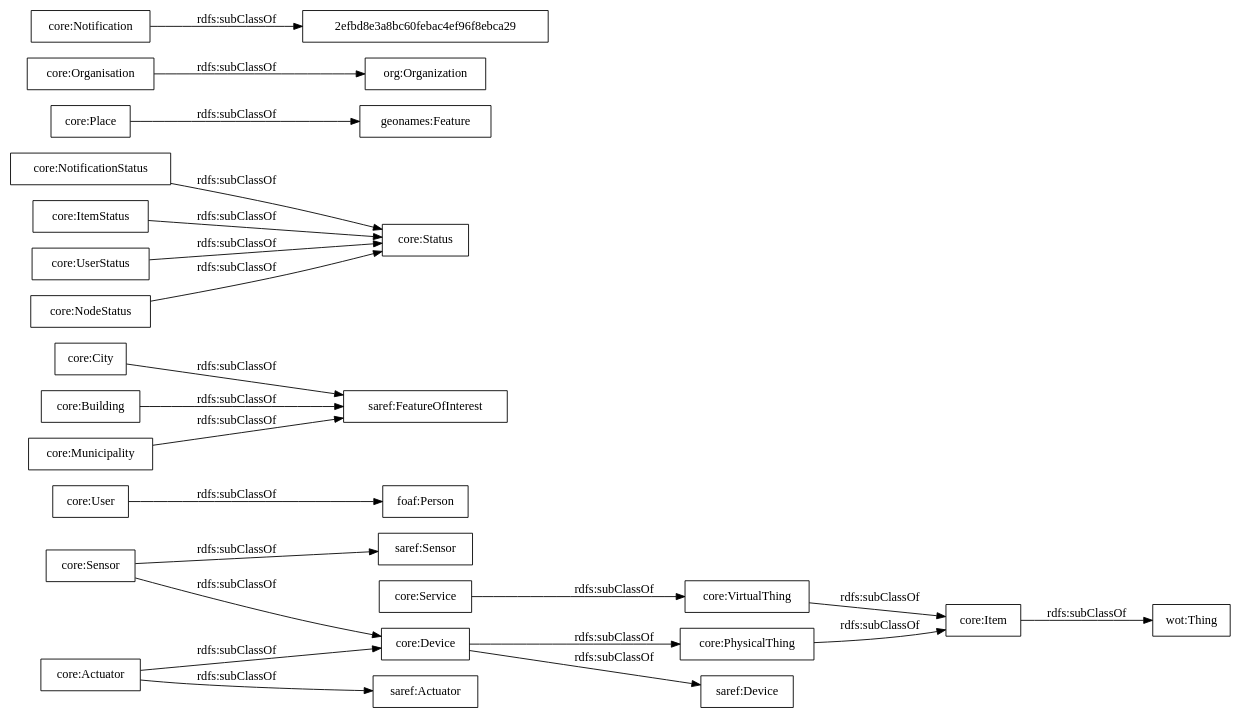
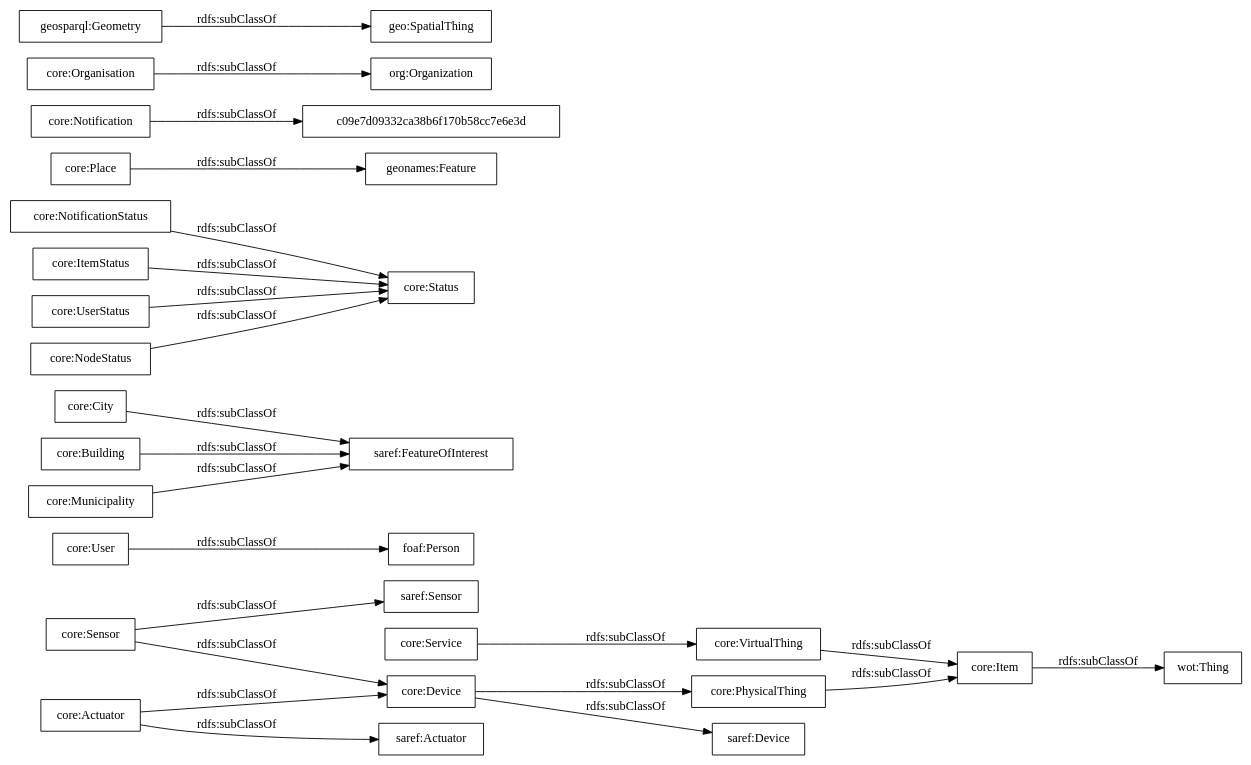
The diagram in OnToology/ontology/auroral-core.ttl/diagrams/ar2dtool-taxonomy/auroral-core.ttl.png.dot (oeg-upm/auroral-core-ontology), drawn with Graphviz before and after one commit. The commit also changed 13 other files, not shown here.

```diff
--- a/OnToology/ontology/auroral-core.ttl/diagrams/ar2dtool-taxonomy/auroral-core.ttl.png.dot
+++ b/OnToology/ontology/auroral-core.ttl/diagrams/ar2dtool-taxonomy/auroral-core.ttl.png.dot
@@ -1,27 +1,28 @@
 digraph ar2dtool_diagram { 
 rankdir=LR;
 size="1000"
-node [shape = rectangle, color="black"]; "wot:Thing" "saref:Actuator" "core:User" "saref:Device" "core:City" "core:NotificationStatus" "geonames:Feature" "core:Status" "core:Service" "core:Device" "core:Sensor" "core:Actuator" "core:Organisation" "foaf:Person" "core:Building" "2efbd8e3a8bc60febac4ef96f8ebca29" "org:Organization" "core:Item" "core:Place" "core:Notification" "core:ItemStatus" "core:PhysicalThing" "core:UserStatus" "core:NodeStatus" "core:Municipality" "core:VirtualThing" "saref:FeatureOfInterest" "saref:Sensor" ; /*classes style*/
+node [shape = rectangle, color="black"]; "wot:Thing" "saref:Actuator" "core:User" "saref:Device" "core:City" "core:NotificationStatus" "geonames:Feature" "c09e7d09332ca38b6f170b58cc7e6e3d" "core:Status" "core:Service" "core:Device" "core:Sensor" "core:Actuator" "core:Organisation" "foaf:Person" "core:Building" "org:Organization" "core:Item" "geosparql:Geometry" "core:Place" "core:Notification" "core:ItemStatus" "geo:SpatialThing" "core:PhysicalThing" "core:UserStatus" "core:NodeStatus" "core:Municipality" "core:VirtualThing" "saref:FeatureOfInterest" "saref:Sensor" ; /*classes style*/
 	"core:ItemStatus" -> "core:Status" [ label = "rdfs:subClassOf" ];
 	"core:Service" -> "core:VirtualThing" [ label = "rdfs:subClassOf" ];
 	"core:Organisation" -> "org:Organization" [ label = "rdfs:subClassOf" ];
 	"core:User" -> "foaf:Person" [ label = "rdfs:subClassOf" ];
 	"core:Building" -> "saref:FeatureOfInterest" [ label = "rdfs:subClassOf" ];
 	"core:PhysicalThing" -> "core:Item" [ label = "rdfs:subClassOf" ];
 	"core:Device" -> "saref:Device" [ label = "rdfs:subClassOf" ];
 	"core:Device" -> "core:PhysicalThing" [ label = "rdfs:subClassOf" ];
 	"core:Municipality" -> "saref:FeatureOfInterest" [ label = "rdfs:subClassOf" ];
 	"core:NodeStatus" -> "core:Status" [ label = "rdfs:subClassOf" ];
 	"core:UserStatus" -> "core:Status" [ label = "rdfs:subClassOf" ];
 	"core:Sensor" -> "saref:Sensor" [ label = "rdfs:subClassOf" ];
 	"core:Sensor" -> "core:Device" [ label = "rdfs:subClassOf" ];
 	"core:VirtualThing" -> "core:Item" [ label = "rdfs:subClassOf" ];
 	"core:Actuator" -> "saref:Actuator" [ label = "rdfs:subClassOf" ];
 	"core:Actuator" -> "core:Device" [ label = "rdfs:subClassOf" ];
 	"core:Item" -> "wot:Thing" [ label = "rdfs:subClassOf" ];
 	"core:Place" -> "geonames:Feature" [ label = "rdfs:subClassOf" ];
-	"core:Notification" -> "2efbd8e3a8bc60febac4ef96f8ebca29" [ label = "rdfs:subClassOf" ];
+	"geosparql:Geometry" -> "geo:SpatialThing" [ label = "rdfs:subClassOf" ];
+	"core:Notification" -> "c09e7d09332ca38b6f170b58cc7e6e3d" [ label = "rdfs:subClassOf" ];
 	"core:NotificationStatus" -> "core:Status" [ label = "rdfs:subClassOf" ];
 	"core:City" -> "saref:FeatureOfInterest" [ label = "rdfs:subClassOf" ];
 
 }
```
